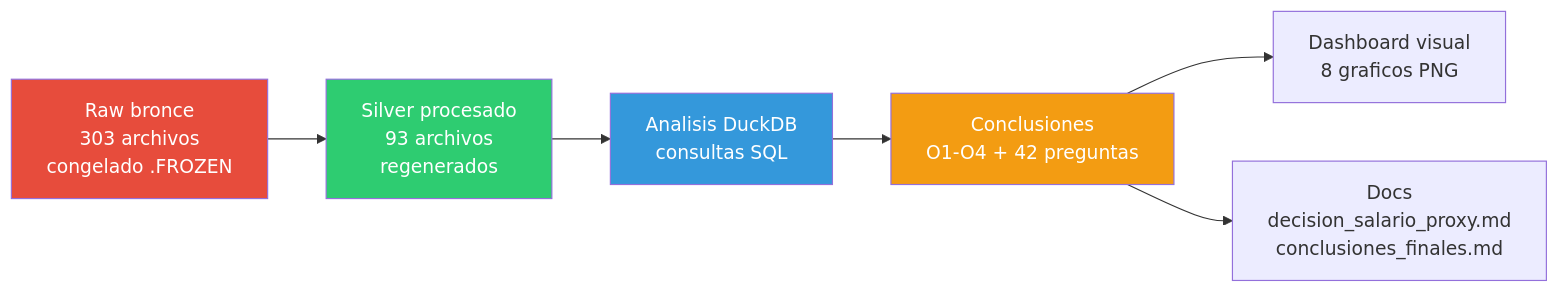
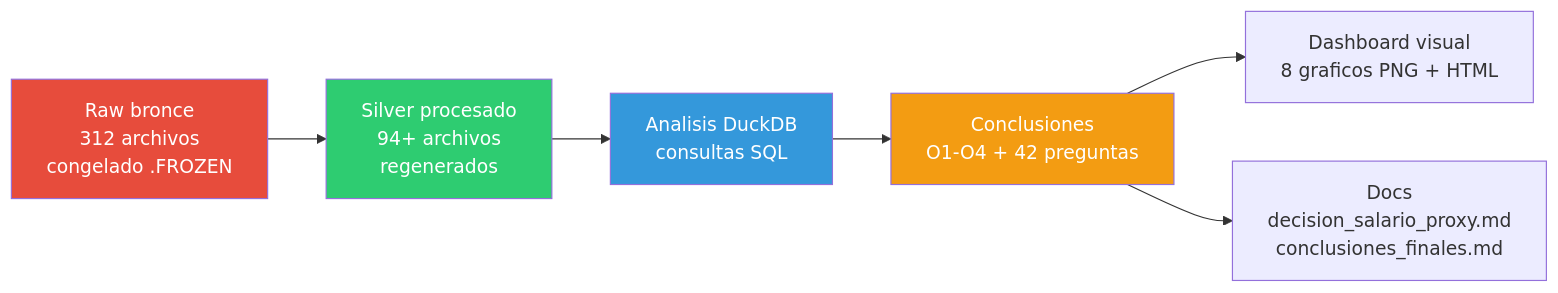
One commit to mikelrh-dev/bigdata-vivienda-euskadi changed the second of 3 diagrams in docs/mapa_relaciones.md. Above: the diagram before and after it, drawn with Mermaid. The commit also changed other lines of this file and 14 other files, not shown here.

Commit message:
docs(readme): update README with current state, mermaid, weak points; reorganize docs; add schema map and profiling scripts

````diff
--- a/docs/mapa_relaciones.md
+++ b/docs/mapa_relaciones.md
@@ -10,13 +111,13 @@
 ```mermaid
 flowchart LR
-    A[Raw bronce<br/>303 archivos<br/>congelado .FROZEN] --> B[Silver procesado<br/>93 archivos<br/>regenerados]
+    A[Raw bronce<br/>312 archivos<br/>congelado .FROZEN] --> B[Silver procesado<br/>94+ archivos<br/>regenerados]
     B --> C[Analisis DuckDB<br/>consultas SQL]
     C --> D[Conclusiones<br/>O1-O4 + 42 preguntas]
-    D --> E[Dashboard visual<br/>8 graficos PNG]
+    D --> E[Dashboard visual<br/>8 graficos PNG + HTML]
     D --> F[Docs<br/>decision_salario_proxy.md<br/>conclusiones_finales.md]
 
     style A fill:#e74c3c,color:#fff
     style B fill:#2ecc71,color:#fff
     style C fill:#3498db,color:#fff
     style D fill:#f39c12,color:#fff
 ```
````
